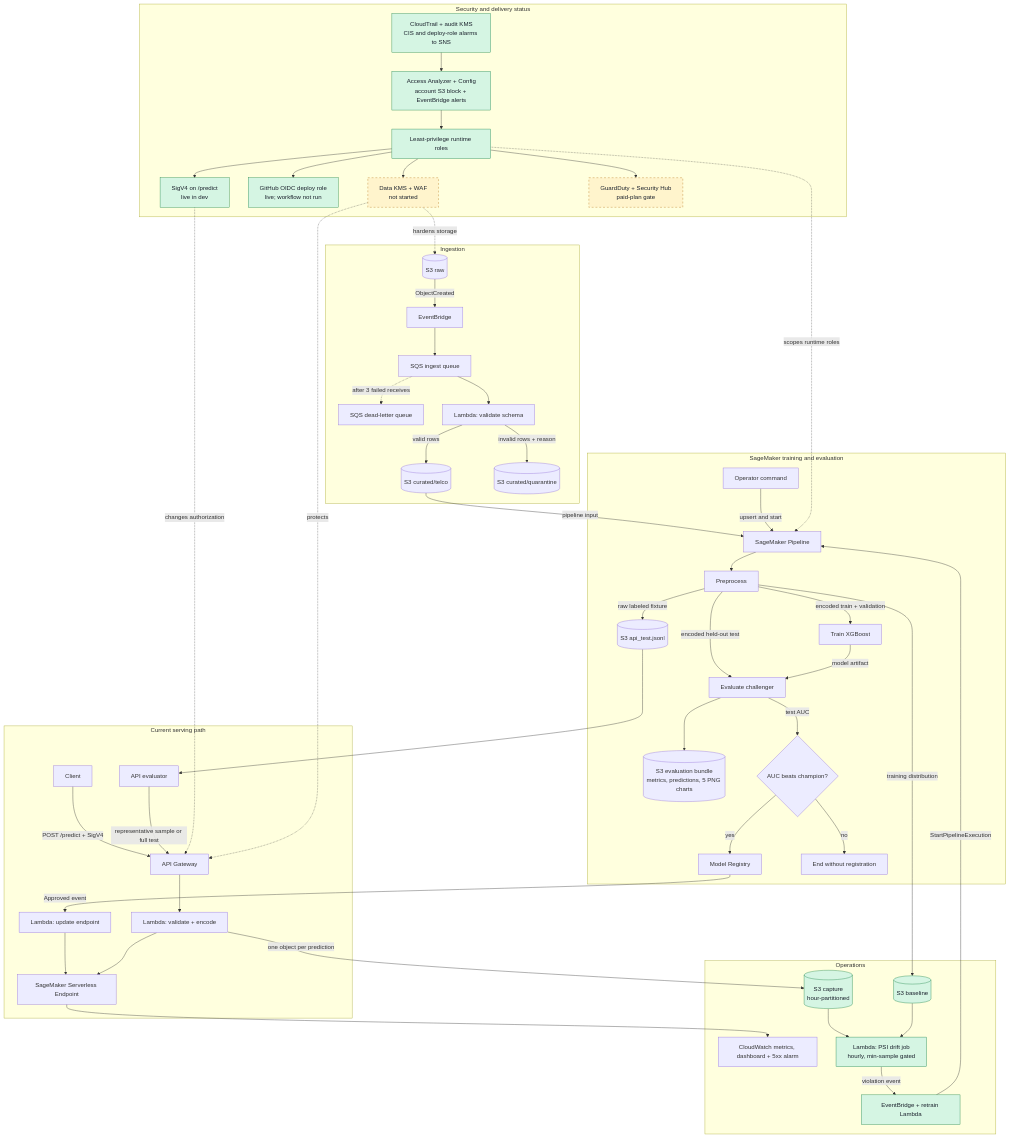
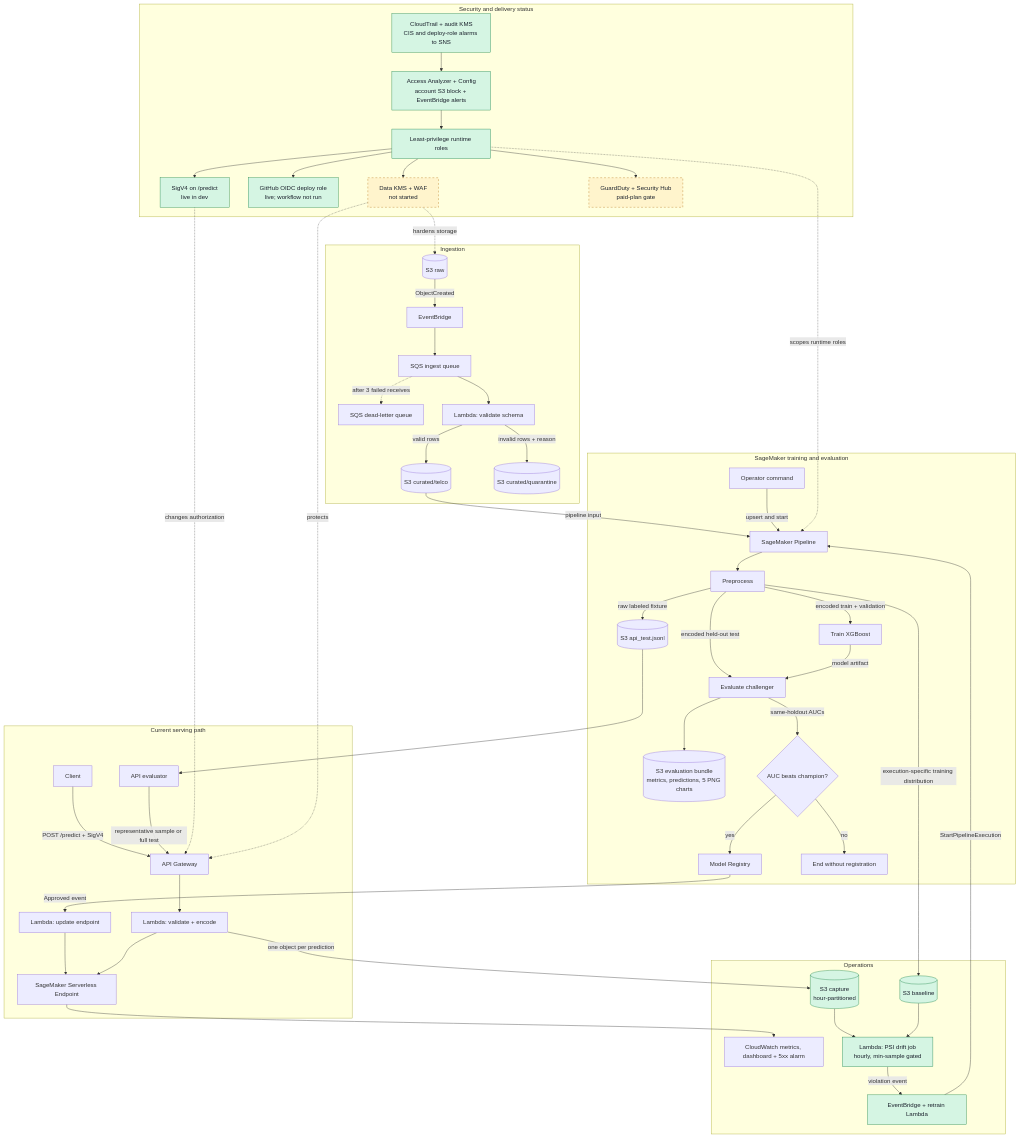
Before and after one commit to emanuelGitCodes/aws-mlops-platform: the diagram in README.md, drawn with Mermaid. The commit also changed other lines of this file and 5 other files, not shown here.

````diff
--- a/README.md
+++ b/README.md
@@ -13,64 +13,64 @@
 ```mermaid
 flowchart TB
     subgraph Ingest["Ingestion"]
         RAW[(S3 raw)] -->|ObjectCreated| EB1[EventBridge]
         EB1 --> Q[SQS ingest queue]
         Q -. after 3 failed receives .-> DLQ[SQS dead-letter queue]
         Q --> LV[Lambda: validate schema]
         LV -->|valid rows| CUR[(S3 curated/telco)]
         LV -->|invalid rows + reason| QUAR[(S3 curated/quarantine)]
     end
 
     subgraph Train["SageMaker training and evaluation"]
         CUR -->|pipeline input| PIPE[SageMaker Pipeline]
         RUN[Operator command] -->|upsert and start| PIPE
         PIPE --> PRE[Preprocess]
         PRE -->|encoded train + validation| TR[Train XGBoost]
         PRE -->|encoded held-out test| EV[Evaluate challenger]
         TR -->|model artifact| EV
         PRE -->|raw labeled fixture| FIX[(S3 api_test.jsonl)]
         EV --> REPORTS[(S3 evaluation bundle<br/>metrics, predictions, 5 PNG charts)]
-        EV -->|test AUC| GATE{AUC beats champion?}
+        EV -->|same-holdout AUCs| GATE{AUC beats champion?}
         GATE -->|yes| REG[Model Registry]
         GATE -->|no| STOP[End without registration]
     end
 
     subgraph Serve["Current serving path"]
         REG -->|Approved event| DEP[Lambda: update endpoint]
         DEP --> EP[SageMaker Serverless Endpoint]
         CLIENT[Client] -->|POST /predict + SigV4| APIGW[API Gateway]
         APIGW --> LI[Lambda: validate + encode]
         LI --> EP
         FIX --> CHECK[API evaluator]
         CHECK -->|representative sample or full test| APIGW
     end
 
     subgraph Ops["Operations"]
         EP --> CW[CloudWatch metrics, dashboard + 5xx alarm]
         LI -->|one object per prediction| CAP[(S3 capture<br/>hour-partitioned)]
-        PRE -->|training distribution| BASE[(S3 baseline)]
+        PRE -->|execution-specific training distribution| BASE[(S3 baseline)]
         CAP --> DRIFT[Lambda: PSI drift job<br/>hourly, min-sample gated]
         BASE --> DRIFT
         DRIFT -->|violation event| RETRAIN[EventBridge + retrain Lambda]
         RETRAIN -->|StartPipelineExecution| PIPE
     end
 
     subgraph Security["Security and delivery status"]
         S1[CloudTrail + audit KMS<br/>CIS and deploy-role alarms to SNS] --> S1B[Access Analyzer + Config<br/>account S3 block + EventBridge alerts]
         S1B --> S2[Least-privilege runtime roles]
         S2 --> S3[SigV4 on /predict<br/>live in dev]
         S2 --> CICD[GitHub OIDC deploy role<br/>live; workflow not run]
         S2 --> S4[Data KMS + WAF<br/>not started]
         S2 --> S5[GuardDuty + Security Hub<br/>paid-plan gate]
     end
 
     S2 -. scopes runtime roles .-> PIPE
     S3 -. changes authorization .-> APIGW
     S4 -. hardens storage .-> RAW
     S4 -. protects .-> APIGW
 
     classDef planned fill:#fff4cc,stroke:#b7791f,stroke-dasharray:5 5,color:#1a202c
     classDef done fill:#d5f5e3,stroke:#1e8449,color:#1a202c
     class S4,S5 planned
     class S1,S1B,S2,S3,CICD,CAP,BASE,DRIFT,RETRAIN done
 ```
````
